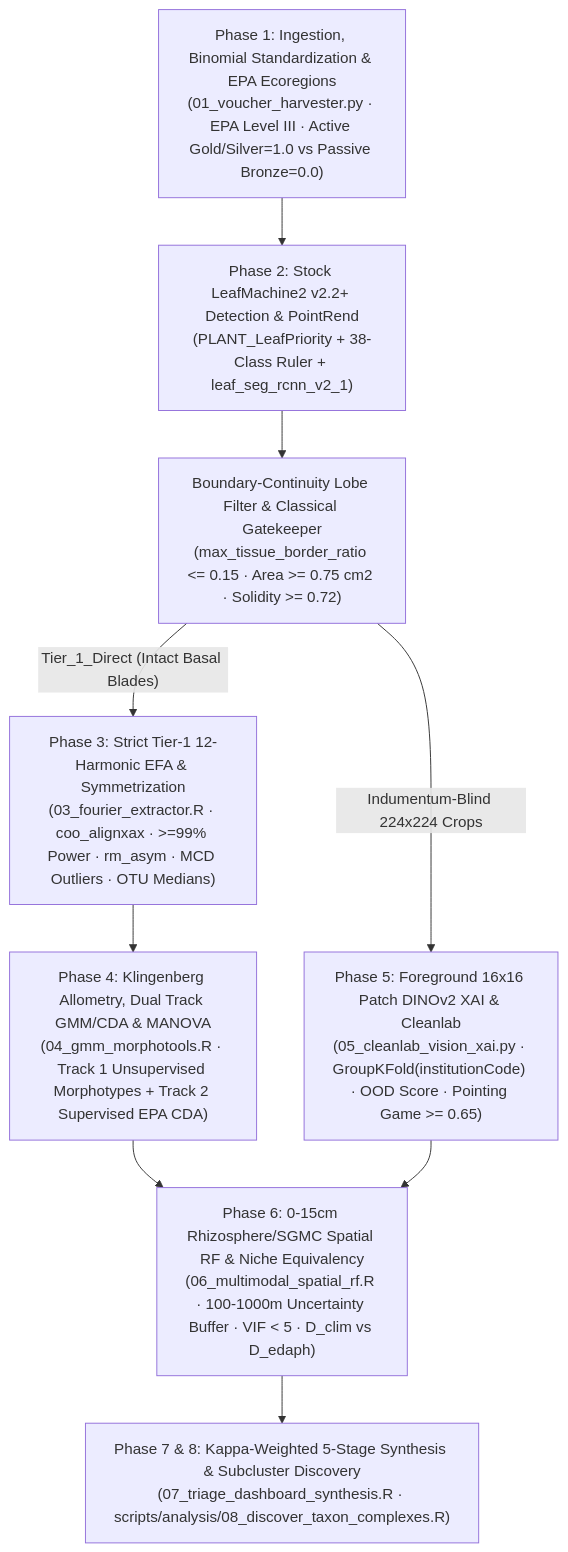
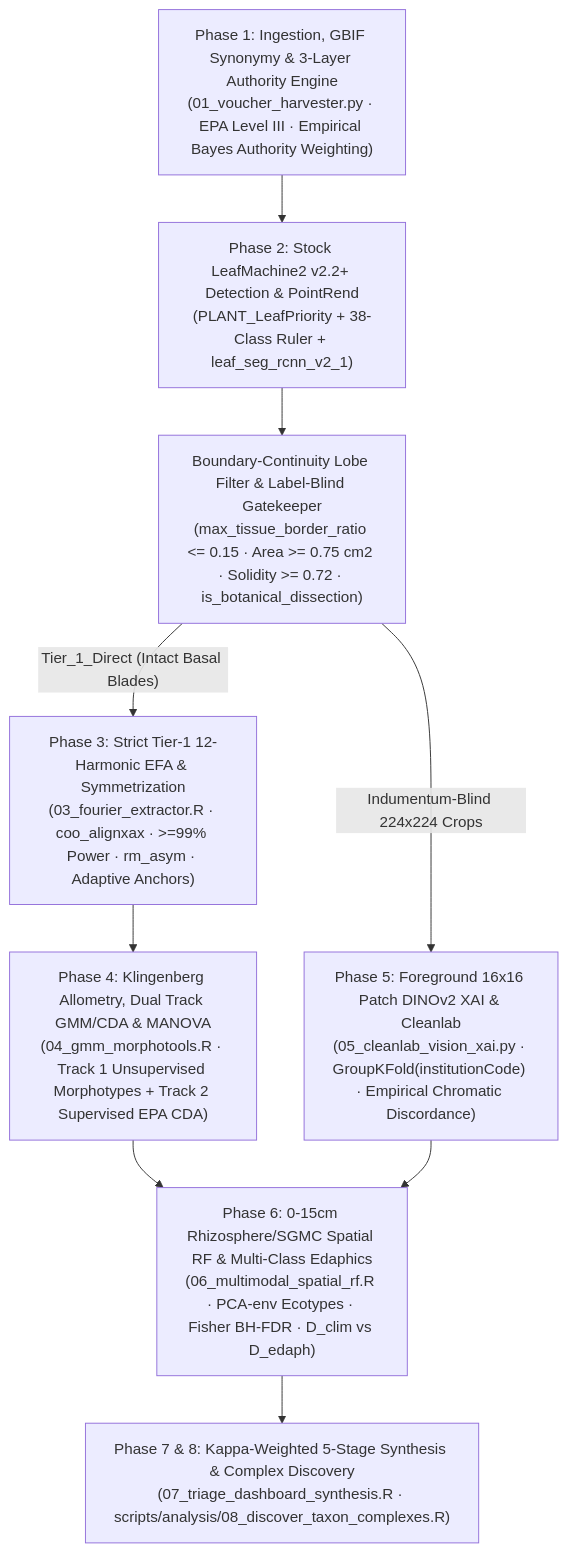
One commit to Plantatsrophe/Packera_dubia_morphometrics changed the diagram in README.md. Above: the diagram before and after it, drawn with Mermaid. The commit also changed other lines of this file and 28 other files, not shown here.

Commit message:
refactor: update codebase with hierarchical empirical Bayes authority weighting, adaptive anchors, and expanded taxonomic scope support

````diff
--- a/README.md
+++ b/README.md
@@ -69,10 +80,10 @@
 ```mermaid
 flowchart TD
-    B1["Phase 1: Ingestion, Binomial Standardization & EPA Ecoregions\n(01_voucher_harvester.py · EPA Level III · Active Gold/Silver=1.0 vs Passive Bronze=0.0)"] --> B2["Phase 2: Stock LeafMachine2 v2.2+ Detection & PointRend\n(PLANT_LeafPriority + 38-Class Ruler + leaf_seg_rcnn_v2_1)"]
-    B2 --> B3["Boundary-Continuity Lobe Filter & Classical Gatekeeper\n(max_tissue_border_ratio <= 0.15 · Area >= 0.75 cm2 · Solidity >= 0.72)"]
-    B3 -->|"Tier_1_Direct (Intact Basal Blades)"| B4["Phase 3: Strict Tier-1 12-Harmonic EFA & Symmetrization\n(03_fourier_extractor.R · coo_alignxax · >=99% Power · rm_asym · MCD Outliers · OTU Medians)"]
+    B1["Phase 1: Ingestion, GBIF Synonymy & 3-Layer Authority Engine\n(01_voucher_harvester.py · EPA Level III · Empirical Bayes Authority Weighting)"] --> B2["Phase 2: Stock LeafMachine2 v2.2+ Detection & PointRend\n(PLANT_LeafPriority + 38-Class Ruler + leaf_seg_rcnn_v2_1)"]
+    B2 --> B3["Boundary-Continuity Lobe Filter & Label-Blind Gatekeeper\n(max_tissue_border_ratio <= 0.15 · Area >= 0.75 cm2 · Solidity >= 0.72 · is_botanical_dissection)"]
+    B3 -->|"Tier_1_Direct (Intact Basal Blades)"| B4["Phase 3: Strict Tier-1 12-Harmonic EFA & Symmetrization\n(03_fourier_extractor.R · coo_alignxax · >=99% Power · rm_asym · Adaptive Anchors)"]
     B4 --> B5["Phase 4: Klingenberg Allometry, Dual Track GMM/CDA & MANOVA\n(04_gmm_morphotools.R · Track 1 Unsupervised Morphotypes + Track 2 Supervised EPA CDA)"]
-    B3 -->|"Indumentum-Blind 224x224 Crops"| B6["Phase 5: Foreground 16x16 Patch DINOv2 XAI & Cleanlab\n(05_cleanlab_vision_xai.py · GroupKFold(institutionCode) · OOD Score · Pointing Game >= 0.65)"]
-    B5 & B6 --> B7["Phase 6: 0-15cm Rhizosphere/SGMC Spatial RF & Niche Equivalency\n(06_multimodal_spatial_rf.R · 100-1000m Uncertainty Buffer · VIF < 5 · D_clim vs D_edaph)"]
-    B7 --> B8["Phase 7 & 8: Kappa-Weighted 5-Stage Synthesis & Subcluster Discovery\n(07_triage_dashboard_synthesis.R · scripts/analysis/08_discover_taxon_complexes.R)"]
+    B3 -->|"Indumentum-Blind 224x224 Crops"| B6["Phase 5: Foreground 16x16 Patch DINOv2 XAI & Cleanlab\n(05_cleanlab_vision_xai.py · GroupKFold(institutionCode) · Empirical Chromatic Discordance)"]
+    B5 & B6 --> B7["Phase 6: 0-15cm Rhizosphere/SGMC Spatial RF & Multi-Class Edaphics\n(06_multimodal_spatial_rf.R · PCA-env Ecotypes · Fisher BH-FDR · D_clim vs D_edaph)"]
+    B7 --> B8["Phase 7 & 8: Kappa-Weighted 5-Stage Synthesis & Complex Discovery\n(07_triage_dashboard_synthesis.R · scripts/analysis/08_discover_taxon_complexes.R)"]
 ```
````
